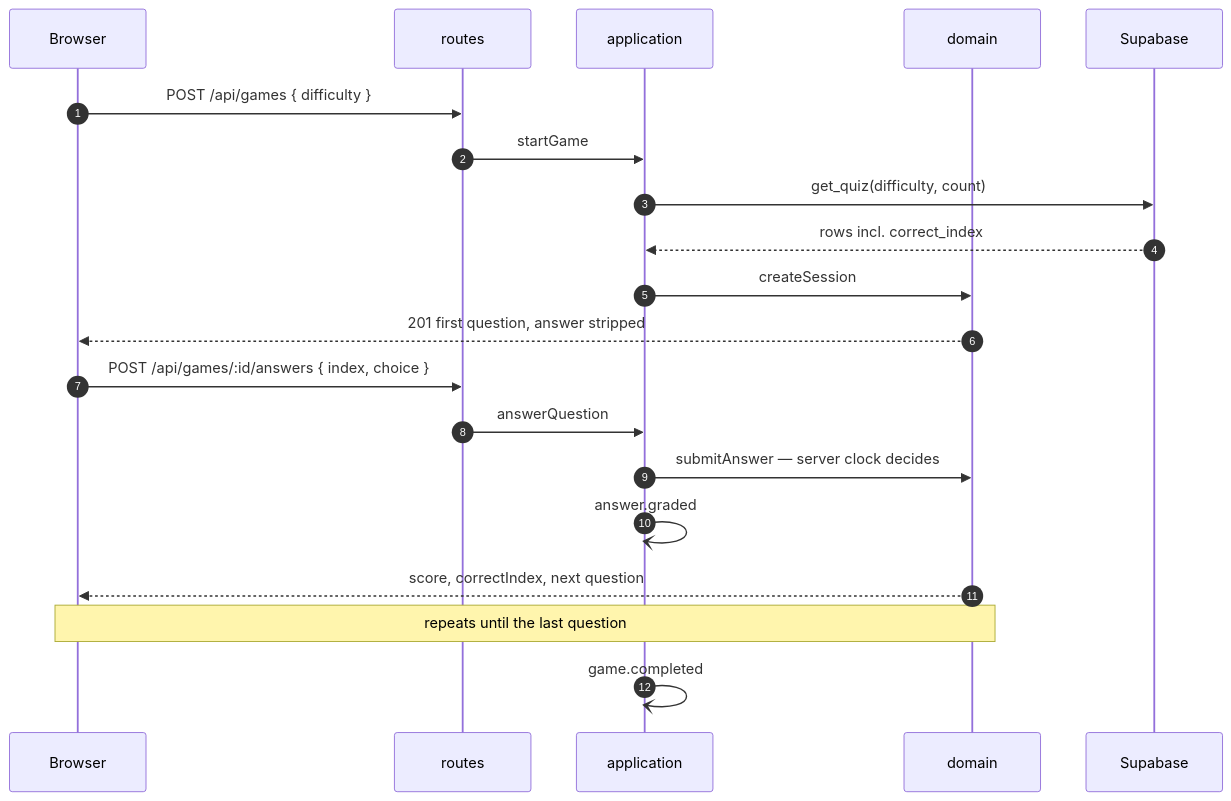
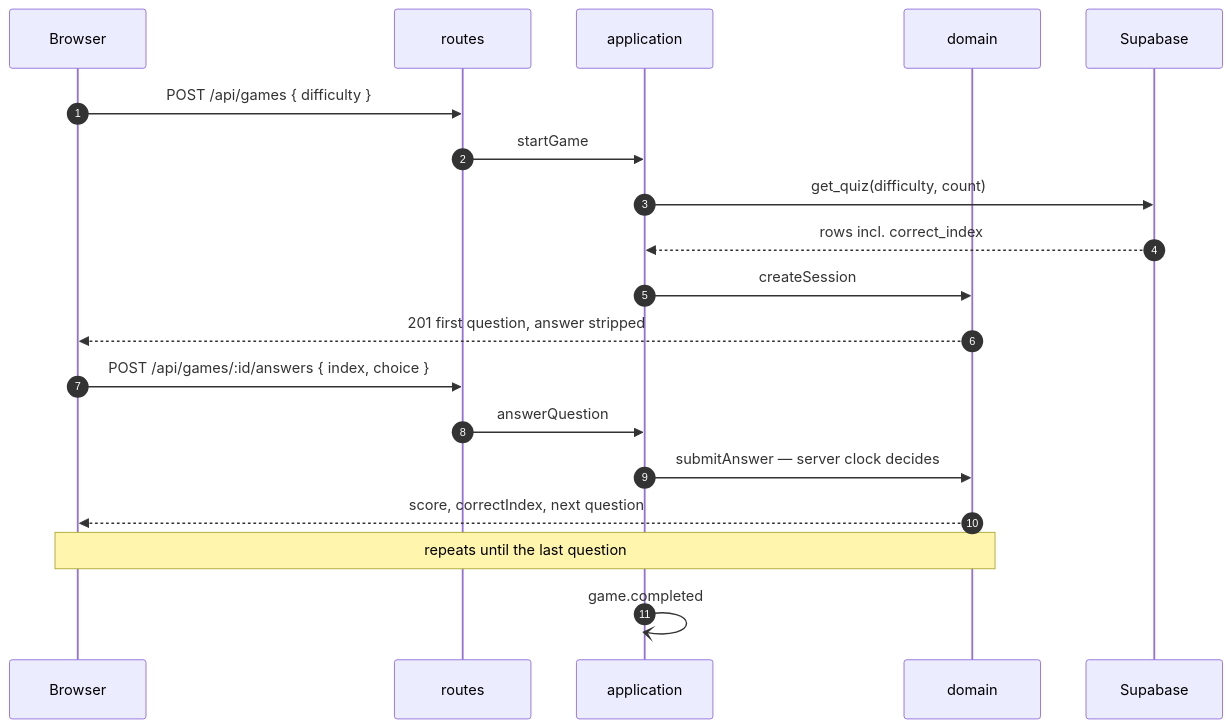
Before and after one commit to remoshan/bible-quiz-game: the second of 3 diagrams in README.md, drawn with Mermaid. The commit also changed other lines of this file and 6 other files, not shown here.

````diff
--- a/README.md
+++ b/README.md
@@ -114,23 +113,22 @@
 ```mermaid
 sequenceDiagram
     autonumber
     participant B as Browser
     participant R as routes
     participant A as application
     participant D as domain
     participant S as Supabase
 
     B->>R: POST /api/games { difficulty }
     R->>A: startGame
     A->>S: get_quiz(difficulty, count)
     S-->>A: rows incl. correct_index
     A->>D: createSession
     D-->>B: 201 first question, answer stripped
     B->>R: POST /api/games/:id/answers { index, choice }
     R->>A: answerQuestion
     A->>D: submitAnswer — server clock decides
-    A-)A: answer.graded
     D-->>B: score, correctIndex, next question
     Note over B,D: repeats until the last question
     A-)A: game.completed
 ```
````
